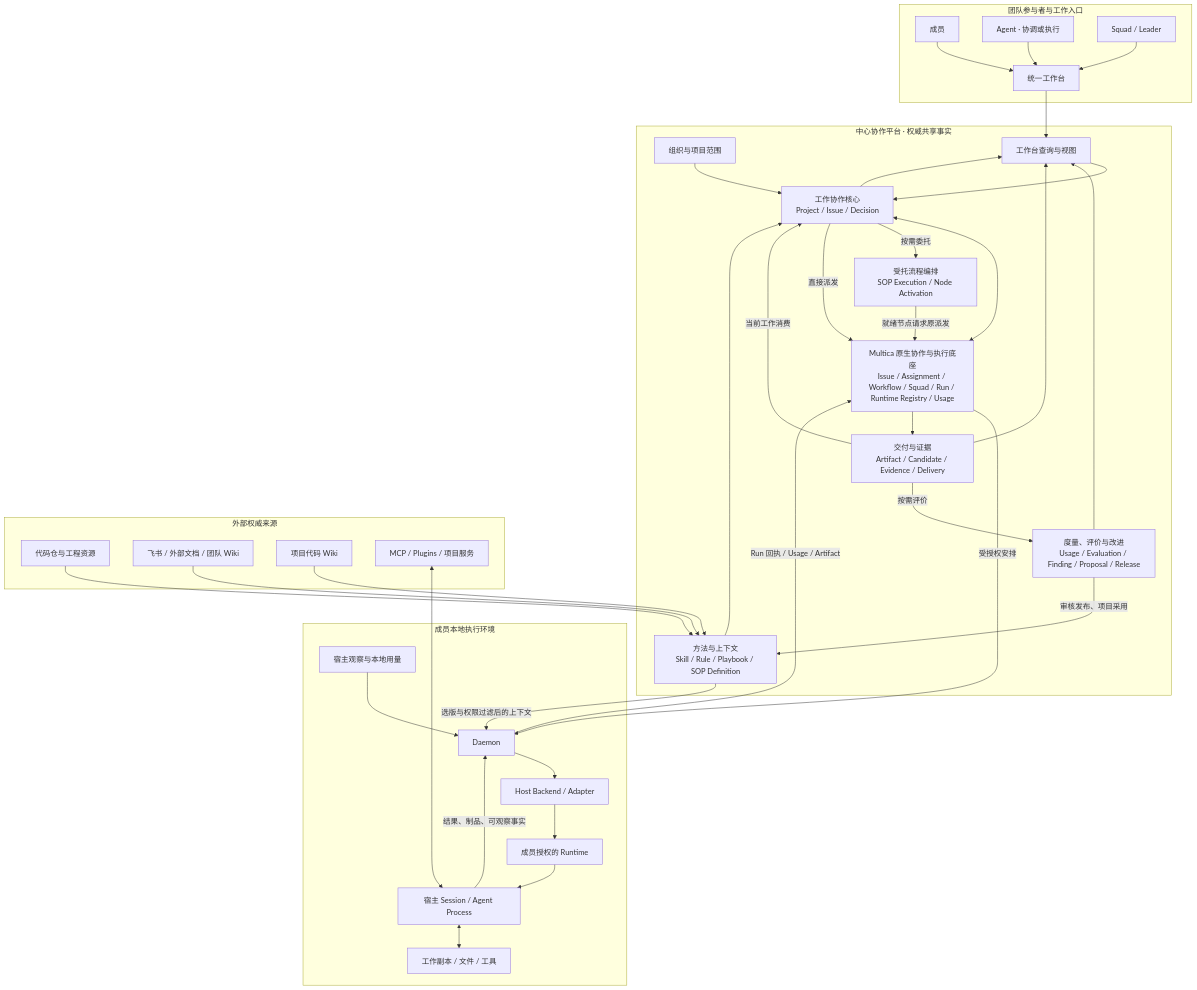
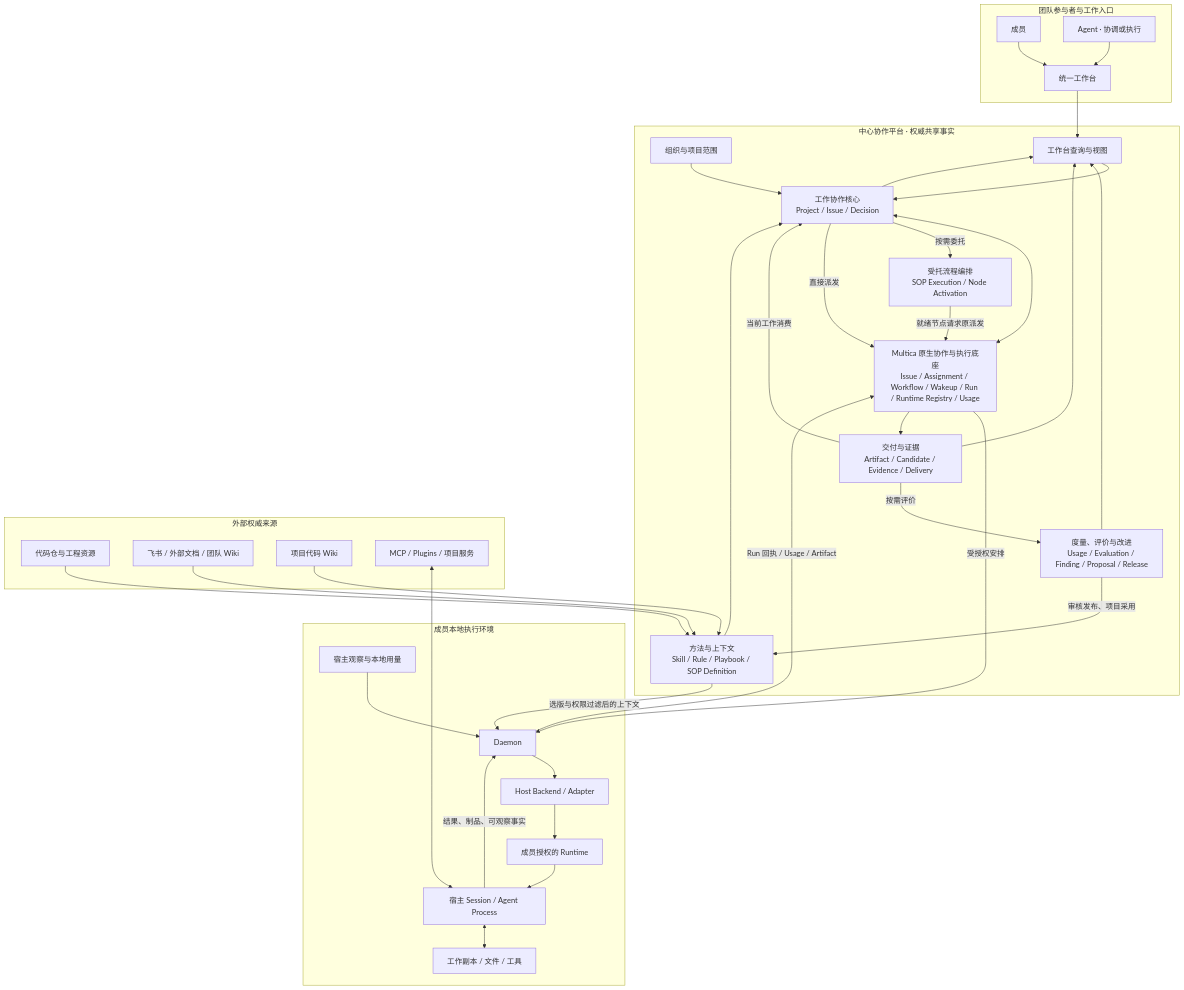
Before and after one commit to ScWen7/Issues: the first of 7 diagrams in docs/architecture/system-architecture.md, drawn with Mermaid. The commit also changed other lines of this file and 21 other files, not shown here.

```diff
--- a/docs/architecture/system-architecture.md
+++ b/docs/architecture/system-architecture.md
@@ -19,62 +19,60 @@
 ~~~mermaid
 flowchart TB
   subgraph People["团队参与者与工作入口"]
     Member["成员"]
     Agent["Agent · 协调或执行"]
-    Squad["Squad / Leader"]
     UI["统一工作台"]
   end
   subgraph Center["中心协作平台 · 权威共享事实"]
     Org["组织与项目范围"]
     Work["工作协作核心<br/>Project / Issue / Decision"]
     Method["方法与上下文<br/>Skill / Rule / Playbook / SOP Definition"]
     Flow["受托流程编排<br/>SOP Execution / Node Activation"]
     Delivery["交付与证据<br/>Artifact / Candidate / Evidence / Delivery"]
     Insight["度量、评价与改进<br/>Usage / Evaluation / Finding / Proposal / Release"]
     Read["工作台查询与视图"]
-    Multica["Multica 原生协作与执行底座<br/>Issue / Assignment / Workflow / Squad / Run / Runtime Registry / Usage"]
+    Multica["Multica 原生协作与执行底座<br/>Issue / Assignment / Workflow / Wakeup / Run / Runtime Registry / Usage"]
   end
   subgraph Local["成员本地执行环境"]
     Daemon["Daemon"]
     Adapter["Host Backend / Adapter"]
     Runtime["成员授权的 Runtime"]
     Session["宿主 Session / Agent Process"]
     Workspace["工作副本 / 文件 / 工具"]
     Observation["宿主观察与本地用量"]
   end
   subgraph Sources["外部权威来源"]
     Repo["代码仓与工程资源"]
     Docs["飞书 / 外部文档 / 团队 Wiki"]
     CodeWiki["项目代码 Wiki"]
     Tools["MCP / Plugins / 项目服务"]
   end
   Member --> UI
   Agent --> UI
-  Squad --> UI
   UI --> Read
   Read --> Work
   Org --> Work
   Work <--> Multica
   Method --> Work
   Work -->|"按需委托"| Flow
   Flow -->|"就绪节点请求原派发"| Multica
   Work -->|"直接派发"| Multica
   Multica -->|"受授权安排"| Daemon
   Daemon --> Adapter --> Runtime --> Session
   Session <--> Workspace
   Tools <--> Session
   Repo --> Method
   Docs --> Method
   CodeWiki --> Method
   Method -->|"选版与权限过滤后的上下文"| Daemon
   Session -->|"结果、制品、可观察事实"| Daemon
   Observation --> Daemon
   Daemon -->|"Run 回执 / Usage / Artifact"| Multica
   Multica --> Delivery
   Delivery -->|"当前工作消费"| Work
   Delivery -->|"按需评价"| Insight
   Insight -->|"审核发布、项目采用"| Method
   Insight --> Read
   Delivery --> Read
   Work --> Read
 ~~~
```
